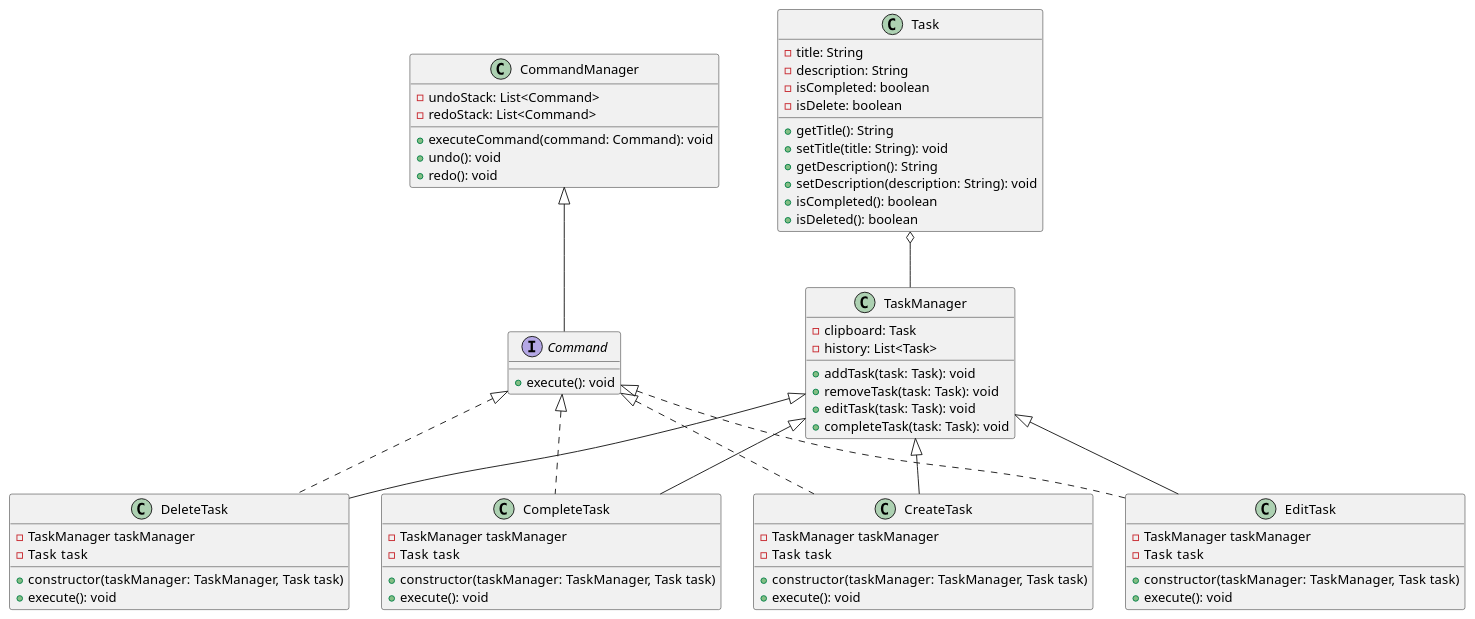
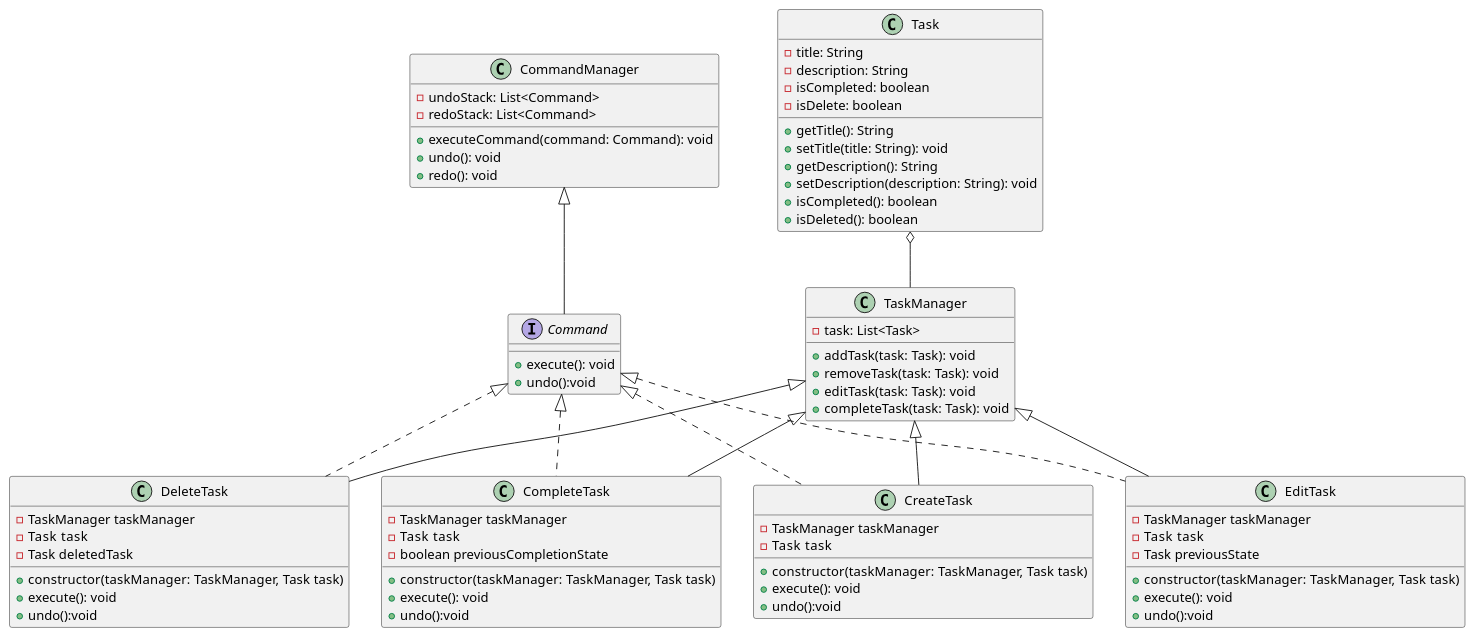
Before and after one commit to jhonnnier/unisabana-grupo2: the diagram in src/main/java/com/p3/diagrama-clases.wsd, drawn with PlantUML. The commit also changed 13 other files, not shown here.

```diff
--- a/src/main/java/com/p3/diagrama-clases.wsd
+++ b/src/main/java/com/p3/diagrama-clases.wsd
@@ -1,78 +1,86 @@
 @startuml
 interface Command {
  
-  + execute(): void 
+  + execute(): void
+  + undo():void
   
 }
 class CommandManager {
     - undoStack: List<Command>
     - redoStack: List<Command>
     + executeCommand(command: Command): void
     + undo(): void
     + redo(): void
 }
 class TaskManager{
 
-    - clipboard: Task
-    - history: List<Task>
+
+    - task: List<Task>
     + addTask(task: Task): void
     + removeTask(task: Task): void
     + editTask(task: Task): void
     + completeTask(task: Task): void
 }
 
 class Task {
     - title: String
     - description: String
     - isCompleted: boolean
     - isDelete: boolean
     + getTitle(): String
     + setTitle(title: String): void
     + getDescription(): String
     + setDescription(description: String): void
     + isCompleted(): boolean
     + isDeleted(): boolean
 
 }
 
 class CreateTask implements Command {
 -  TaskManager taskManager
 - Task  task
  + constructor(taskManager: TaskManager, Task  task)
  + execute(): void 
++ undo():void
 
 
    
 }
 
 class EditTask implements Command {
    -  TaskManager taskManager
    - Task  task
+   - Task previousState
     + constructor(taskManager: TaskManager, Task  task)
    + execute(): void 
+   + undo():void
 }
 
 
 class DeleteTask implements Command  {
  -  TaskManager taskManager
  - Task  task
+ - Task deletedTask
   + constructor(taskManager: TaskManager, Task  task)
  + execute(): void 
+ + undo():void
 }
 
 
 class CompleteTask implements Command {
    -  TaskManager taskManager
    - Task  task
+   - boolean previousCompletionState
     + constructor(taskManager: TaskManager, Task  task)
    + execute(): void 
+   + undo():void
 }
    
 Task o-- TaskManager
 TaskManager <|-- CreateTask
 TaskManager <|-- EditTask
 TaskManager <|-- DeleteTask
 TaskManager <|-- CompleteTask
 CommandManager <|-- Command
 
 @enduml
```
